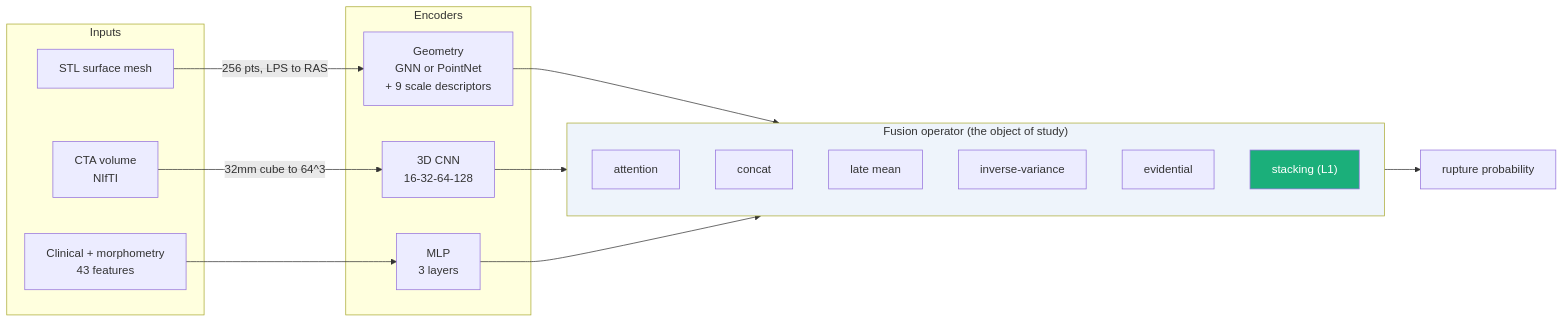
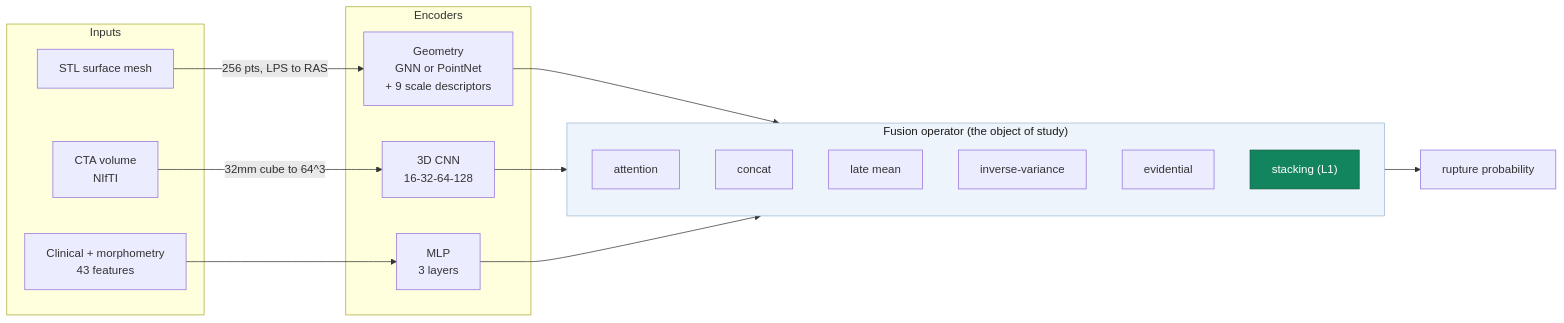
The second of 3 diagrams in README.md (Somoru/cmha-rupture-leakage), drawn with Mermaid before and after one commit. The commit also changed other lines of this file, not shown here.

First line of the commit message:
Fix mermaid label contrast in dark mode

````diff
--- a/README.md
+++ b/README.md
@@ -100,35 +100,35 @@
 ```mermaid
 flowchart LR
     subgraph IN["Inputs"]
         M["STL surface mesh"]
         V["CTA volume<br/>NIfTI"]
         T["Clinical + morphometry<br/>43 features"]
     end
 
     subgraph ENC["Encoders"]
         GE["Geometry<br/>GNN or PointNet<br/>+ 9 scale descriptors"]
         IE["3D CNN<br/>16-32-64-128"]
         TE["MLP<br/>3 layers"]
     end
 
     subgraph FUSE["Fusion operator (the object of study)"]
         F1["attention"]
         F2["concat"]
         F3["late mean"]
         F4["inverse-variance"]
         F5["evidential"]
         F6["stacking (L1)"]
     end
 
     M -->|"256 pts, LPS to RAS"| GE
     V -->|"32mm cube to 64^3"| IE
     T --> TE
 
     GE --> FUSE
     IE --> FUSE
     TE --> FUSE
     FUSE --> OUT["rupture probability"]
 
-    style F6 fill:#1baf7a,color:#fff
-    style FUSE fill:#eef4fb
+    style F6 fill:#13855e,stroke:#0c5c41,stroke-width:1px,color:#ffffff
+    style FUSE fill:#eef4fb,stroke:#9bb8d4,stroke-width:1px,color:#1a1a19
 ```
````
